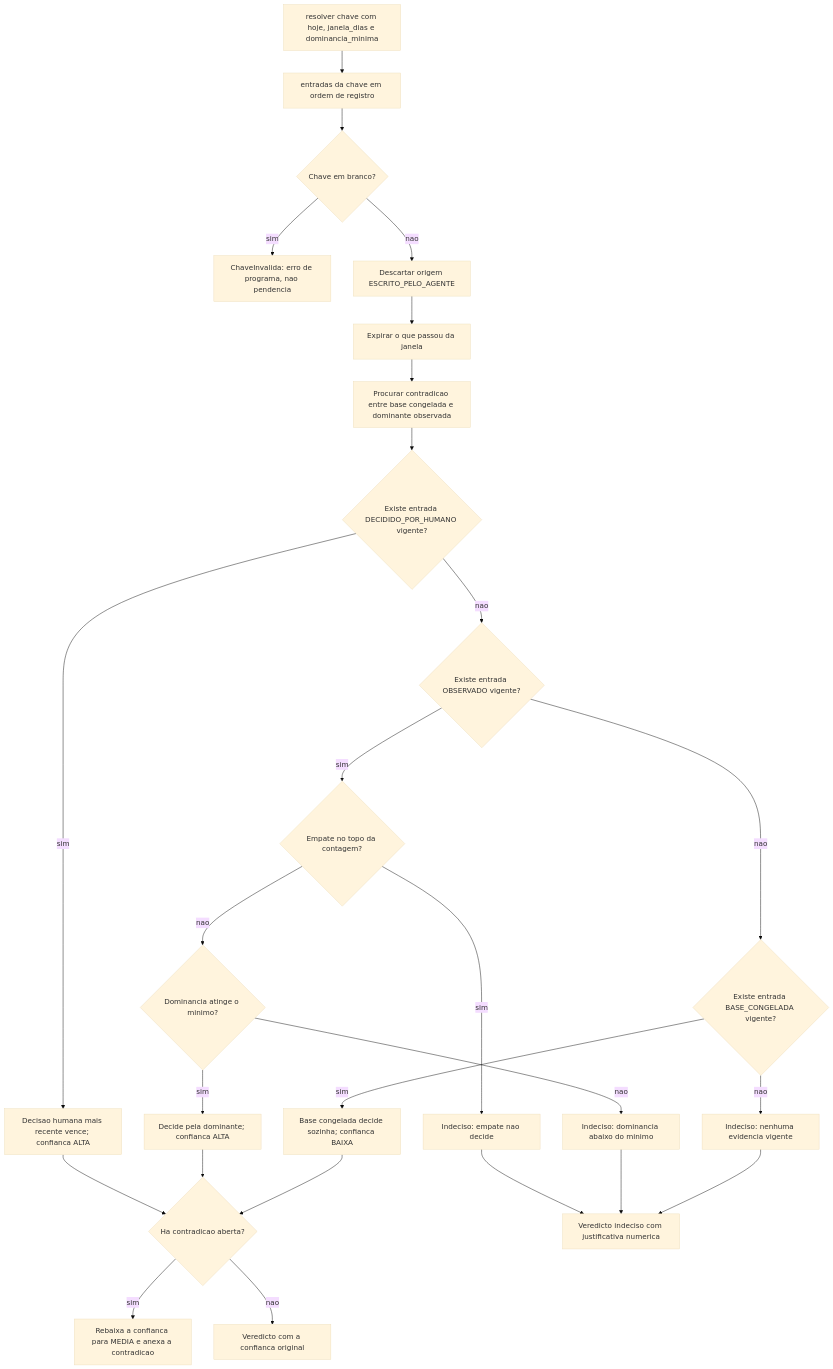
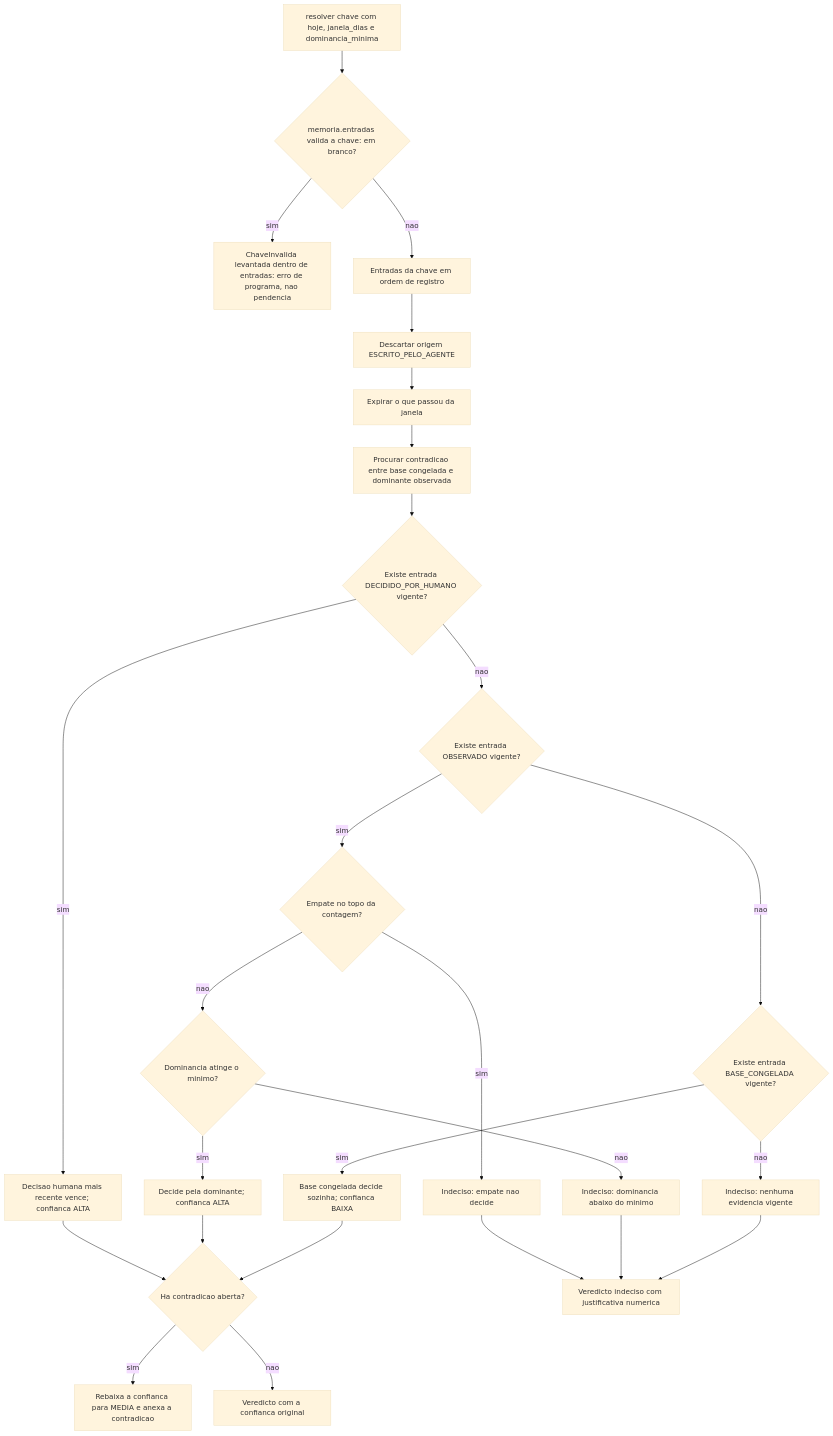
Before and after one commit to AlphaContabilidade/Plataforma-de-Engenharia-de-Projetos-de-IA: the first of 2 diagrams in 12-MEMORY/06-Fluxogramas.md, drawn with Mermaid (base theme). The commit also changed other lines of this file and 23 other files, not shown here.

````diff
--- a/12-MEMORY/06-Fluxogramas.md
+++ b/12-MEMORY/06-Fluxogramas.md
@@ -19,28 +19,28 @@
 ```mermaid
 flowchart TD
-    A[resolver chave com hoje, janela_dias e dominancia_minima] --> B[entradas da chave em ordem de registro]
-    B --> C{Chave em branco?}
-    C -- sim --> D[ChaveInvalida: erro de programa, nao pendencia]
-    C -- nao --> E[Descartar origem ESCRITO_PELO_AGENTE]
+    A[resolver chave com hoje, janela_dias e dominancia_minima] --> B{memoria.entradas valida a chave: em branco?}
+    B -- sim --> D[ChaveInvalida levantada dentro de entradas: erro de programa, nao pendencia]
+    B -- nao --> C[Entradas da chave em ordem de registro]
+    C --> E[Descartar origem ESCRITO_PELO_AGENTE]
     E --> F[Expirar o que passou da janela]
     F --> G[Procurar contradicao entre base congelada e dominante observada]
     G --> H{Existe entrada DECIDIDO_POR_HUMANO vigente?}
     H -- sim --> I[Decisao humana mais recente vence; confianca ALTA]
     H -- nao --> J{Existe entrada OBSERVADO vigente?}
     J -- sim --> K{Empate no topo da contagem?}
     K -- sim --> L[Indeciso: empate nao decide]
     K -- nao --> M{Dominancia atinge o minimo?}
     M -- nao --> N[Indeciso: dominancia abaixo do minimo]
     M -- sim --> O[Decide pela dominante; confianca ALTA]
     J -- nao --> P{Existe entrada BASE_CONGELADA vigente?}
     P -- sim --> Q[Base congelada decide sozinha; confianca BAIXA]
     P -- nao --> R[Indeciso: nenhuma evidencia vigente]
     I --> S{Ha contradicao aberta?}
     O --> S
     Q --> S
     S -- sim --> T[Rebaixa a confianca para MEDIA e anexa a contradicao]
     S -- nao --> U[Veredicto com a confianca original]
     L --> V[Veredicto indeciso com justificativa numerica]
     N --> V
     R --> V
 ```
````
